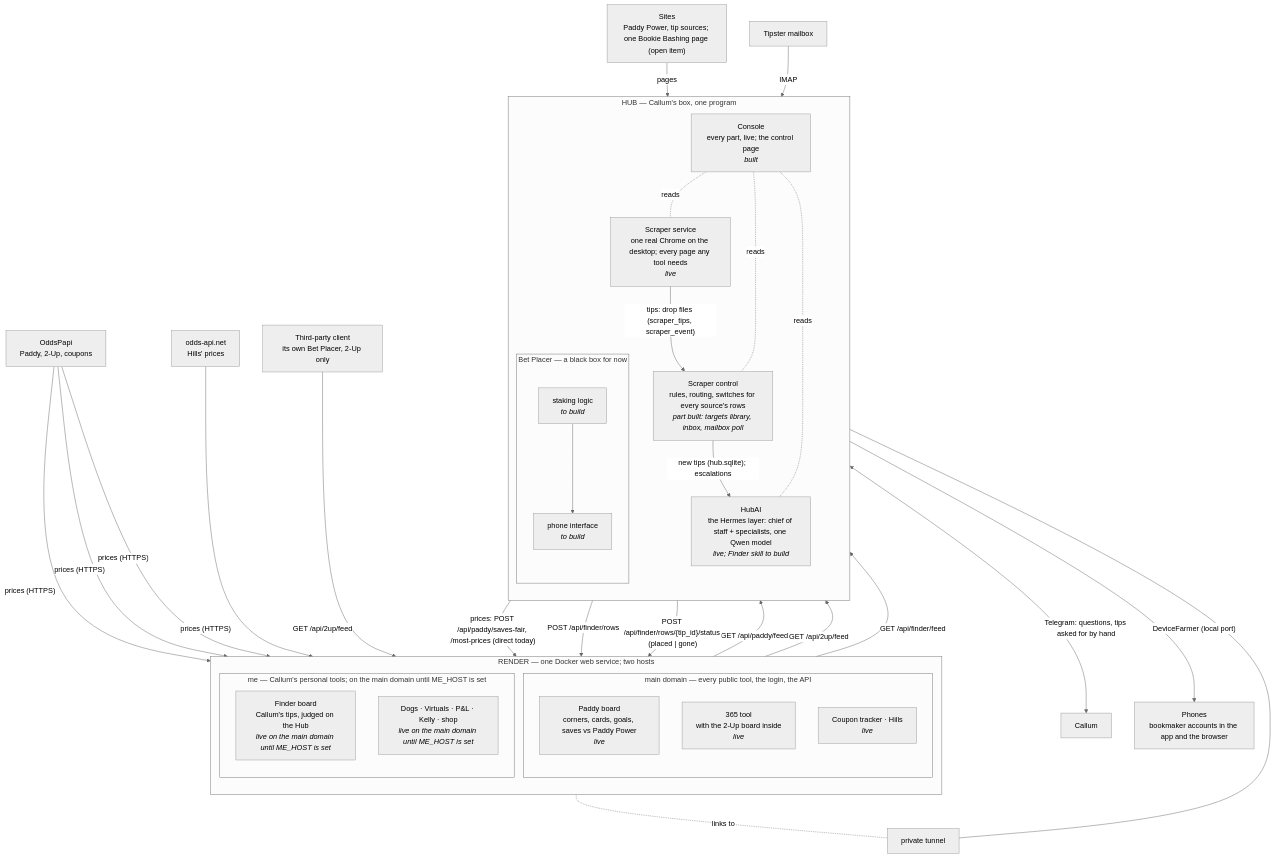
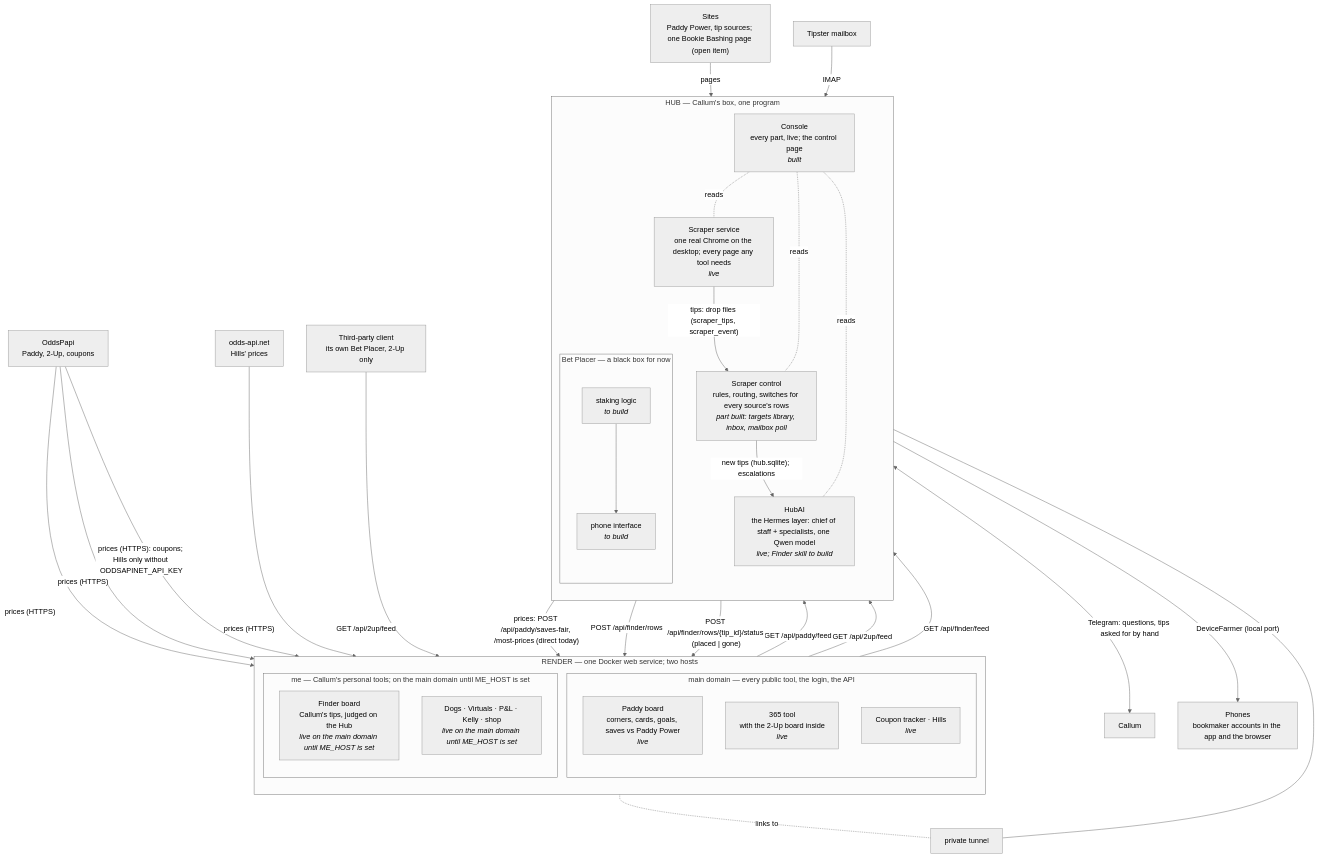
Before and after one commit to CMclarty/puntmore: the diagram in docs/architecture.md, drawn with Mermaid (neutral theme). The commit also changed 4 other files, not shown here.

First line of the commit message:
Docs: OddsPapi is not the only odds source; Hills' two rulings

````diff
--- a/docs/architecture.md
+++ b/docs/architecture.md
@@ -14,53 +14,53 @@
 ```mermaid
 flowchart TB
   subgraph RENDER["RENDER — one Docker web service; two hosts"]
     direction TB
     subgraph MAIN["main domain — every public tool, the login, the API"]
       PADDY["Paddy board<br/>corners, cards, goals, saves vs Paddy Power<br/><i>live</i>"]
       T365["365 tool<br/>with the 2-Up board inside<br/><i>live</i>"]
       PUB["Coupon tracker · Hills<br/><i>live</i>"]
     end
     subgraph ME["me — Callum's personal tools; on the main domain until ME_HOST is set"]
       FINDER["Finder board<br/>Callum's tips, judged on the Hub<br/><i>live on the main domain until ME_HOST is set</i>"]
       PERS["Dogs · Virtuals · P&amp;L · Kelly · shop<br/><i>live on the main domain until ME_HOST is set</i>"]
     end
   end
 
   ODDS["OddsPapi<br/>Paddy, 2-Up, coupons"] -- "prices (HTTPS)" --> PADDY
   ODDS -- "prices (HTTPS)" --> T365
-  ODDS -- "prices (HTTPS)" --> PUB
+  ODDS -- "prices (HTTPS): coupons; Hills only without ODDSAPINET_API_KEY" --> PUB
   OAN["odds-api.net<br/>Hills' prices"] -- "prices (HTTPS)" --> PUB
 
   subgraph HUB["HUB — Callum's box, one program"]
     direction TB
     SVC["Scraper service<br/>one real Chrome on the desktop; every page any tool needs<br/><i>live</i>"]
     CTRL["Scraper control<br/>rules, routing, switches for every source's rows<br/><i>part built: targets library, inbox, mailbox poll</i>"]
     HUBAI["HubAI<br/>the Hermes layer: chief of staff + specialists, one Qwen model<br/><i>live; Finder skill to build</i>"]
     subgraph PLACER["Bet Placer — a black box for now"]
       STAKE["staking logic<br/><i>to build</i>"]
       PHONEIF["phone interface<br/><i>to build</i>"]
     end
     CONSOLE["Console<br/>every part, live; the control page<br/><i>built</i>"]
   end
 
   SITES["Sites<br/>Paddy Power, tip sources; one Bookie Bashing page (open item)"] -- "pages" --> SVC
   MAILBOX["Tipster mailbox"] -- "IMAP" --> CTRL
   SVC -- "tips: drop files (scraper_tips, scraper_event)" --> CTRL
   SVC -- "prices: POST /api/paddy/saves-fair, /most-prices (direct today)" --> PADDY
   CTRL -- "new tips (hub.sqlite); escalations" --> HUBAI
   HUBAI -- "POST /api/finder/rows" --> FINDER
   HUBAI <-->|"Telegram: questions, tips asked for by hand"| CALLUM["Callum"]
   PADDY -- "GET /api/paddy/feed" --> STAKE
   T365 -- "GET /api/2up/feed" --> STAKE
   FINDER -- "GET /api/finder/feed" --> STAKE
   STAKE --> PHONEIF
   PHONEIF -- "DeviceFarmer (local port)" --> PHONES["Phones<br/>bookmaker accounts in the app and the browser"]
   PLACER -- "POST /api/finder/rows/{tip_id}/status (placed | gone)" --> FINDER
   CONSOLE -. "reads" .- SVC
   CONSOLE -. "reads" .- CTRL
   CONSOLE -. "reads" .- HUBAI
   TUNNEL["private tunnel"] --- CONSOLE
   ME -. "links to" .- TUNNEL
 
   THIRD["Third-party client<br/>its own Bet Placer, 2-Up only"] -- "GET /api/2up/feed" --> T365
 ```
````
